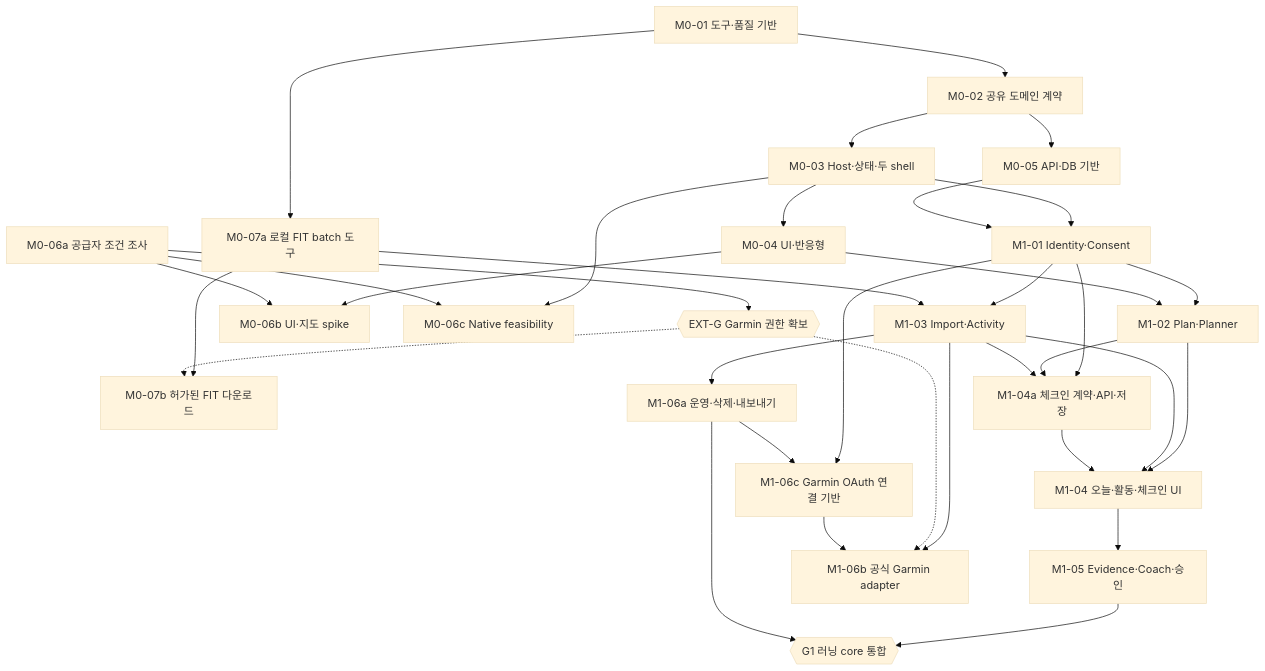
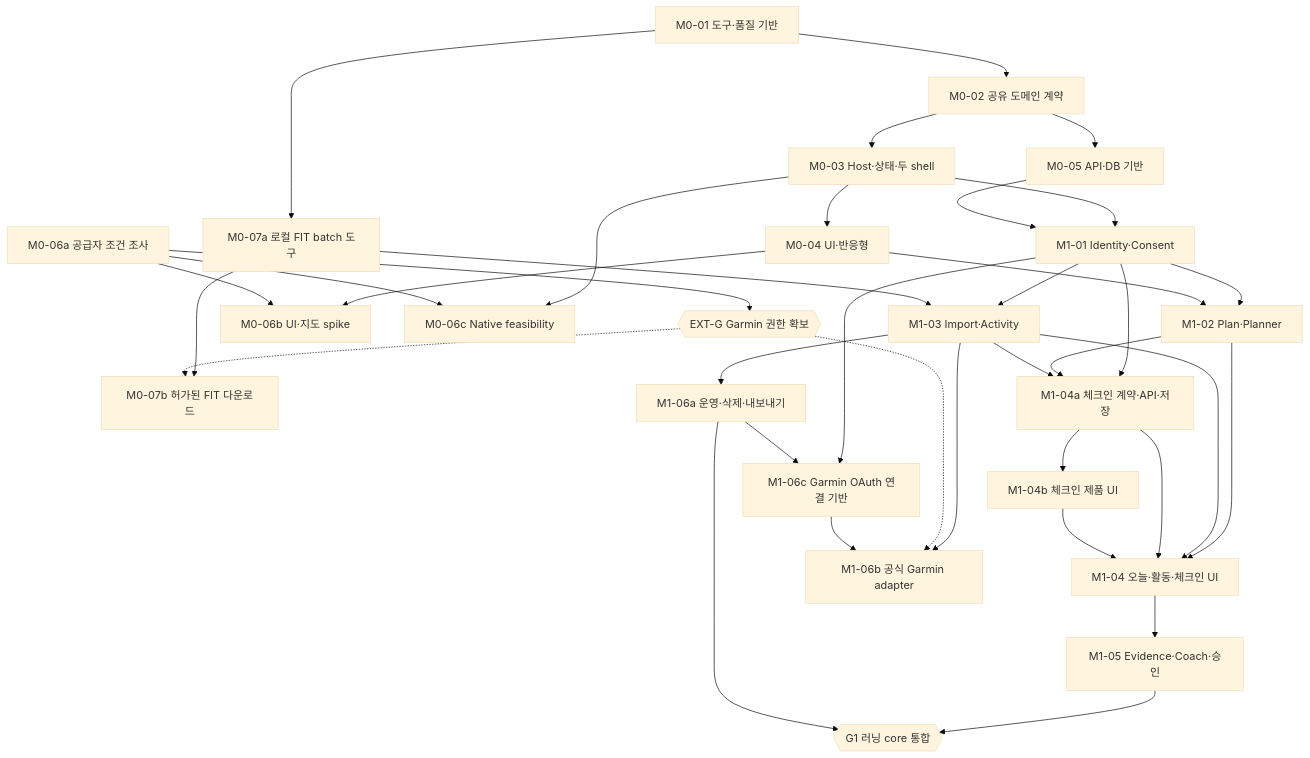
The first of 3 diagrams in docs/implementation/task-graph.md (peacecheejecake/workout-manager), drawn with Mermaid (base theme) before and after one commit. The commit also changed other lines of this file and 21 other files, not shown here.

````diff
--- a/docs/implementation/task-graph.md
+++ b/docs/implementation/task-graph.md
@@ -18,57 +18,60 @@
 ```mermaid
 flowchart TD
     task0["M0-01 도구·품질 기반"]
     task1["M0-02 공유 도메인 계약"]
     task2["M0-03 Host·상태·두 shell"]
     task3["M0-04 UI·반응형"]
     task4["M0-05 API·DB 기반"]
     task5["M0-06a 공급자 조건 조사"]
     task6{{"EXT-G Garmin 권한 확보"}}
     task7["M0-06b UI·지도 spike"]
     task8["M0-06c Native feasibility"]
     task9["M0-07a 로컬 FIT batch 도구"]
     task10["M0-07b 허가된 FIT 다운로드"]
     task11["M1-01 Identity·Consent"]
     task12["M1-02 Plan·Planner"]
     task13["M1-03 Import·Activity"]
     task14["M1-04 오늘·활동·체크인 UI"]
     task15["M1-05 Evidence·Coach·승인"]
     task16["M1-06a 운영·삭제·내보내기"]
     task17["M1-06b 공식 Garmin adapter"]
     garminOAuth["M1-06c Garmin OAuth 연결 기반"]
     task18{{"G1 러닝 core 통합"}}
     task0 --> task1
     task1 --> task2
     task2 --> task3
     task1 --> task4
     task5 --> task6
     task3 --> task7
     task5 --> task7
     task2 --> task8
     task5 --> task8
     task0 --> task9
     task9 --> task10
     task6 -.-> task10
     task2 --> task11
     task4 --> task11
     task11 --> task12
     task3 --> task12
     task11 --> task13
     task9 --> task13
     task12 --> task14
     task13 --> task14
     checkins["M1-04a 체크인 계약·API·저장"]
     task11 --> checkins
     task12 --> checkins
     task13 --> checkins
     checkins --> task14
+    wellbeing["M1-04b 체크인 제품 UI"]
+    checkins --> wellbeing
+    wellbeing --> task14
     task14 --> task15
     task13 --> task16
     task13 --> task17
     task6 -.-> task17
     task11 --> garminOAuth
     task16 --> garminOAuth
     garminOAuth --> task17
     task15 --> task18
     task16 --> task18
 ```
````
